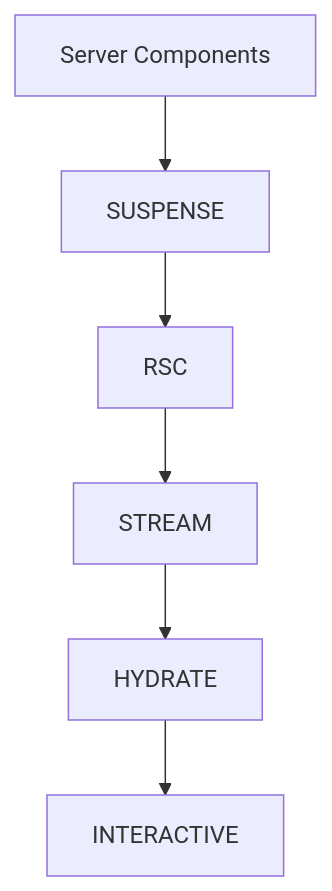
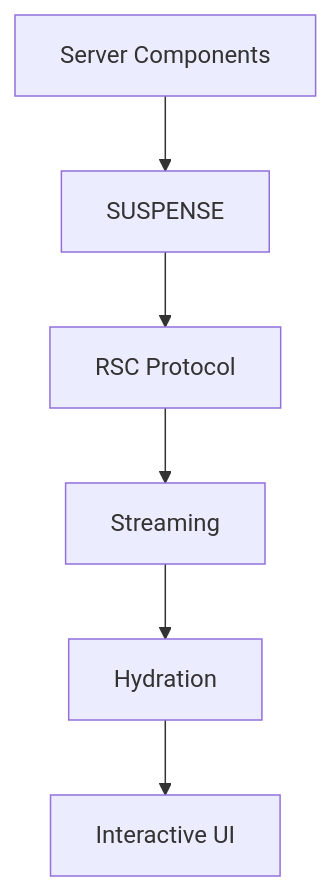
Before and after one commit to seanwhs/Tutorials: the fifth of 5 diagrams in NextJS/Next-JS-Tutorial/NextJS-16-for-Absolute-Beginners/Appendices/AppendixP-Understanding-Suspense-in-NextJS.md, drawn with Mermaid. The commit also changed other lines of this file, not shown here.

````diff
--- a/NextJS/Next-JS-Tutorial/NextJS-16-for-Absolute-Beginners/Appendices/AppendixP-Understanding-Suspense-in-NextJS.md
+++ b/NextJS/Next-JS-Tutorial/NextJS-16-for-Absolute-Beginners/Appendices/AppendixP-Understanding-Suspense-in-NextJS.md
@@ -583,15 +693,15 @@
 ```mermaid
 graph TD
 
     SC[Server Components]
 
     SC --> SUSPENSE
 
-    SUSPENSE --> RSC
+    SUSPENSE --> RSC[RSC Protocol]
 
-    RSC --> STREAM
+    RSC --> STREAM[Streaming]
 
-    STREAM --> HYDRATE
+    STREAM --> HYDRATE[Hydration]
 
-    HYDRATE --> INTERACTIVE
+    HYDRATE --> UI[Interactive UI]
 ```
````
